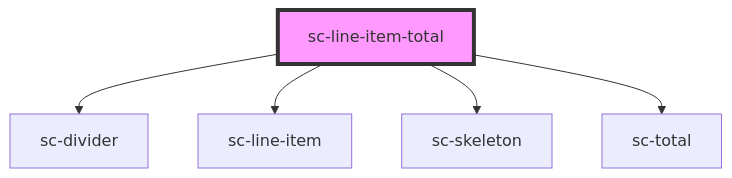
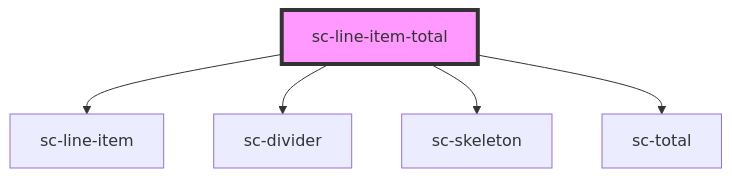
One commit to surecart/surecart-wp-plugin changed the diagram in packages/components/src/components/controllers/checkout-form/line-item-total/readme.md. Above: the diagram before and after it, drawn with Mermaid. The commit also changed other lines of this file and 2 other files, not shown here.

````diff
--- a/packages/components/src/components/controllers/checkout-form/line-item-total/readme.md
+++ b/packages/components/src/components/controllers/checkout-form/line-item-total/readme.md
@@ -27,8 +27,8 @@
 ```mermaid
 graph TD;
+  sc-line-item-total --> sc-line-item
   sc-line-item-total --> sc-divider
-  sc-line-item-total --> sc-line-item
   sc-line-item-total --> sc-skeleton
   sc-line-item-total --> sc-total
   style sc-line-item-total fill:#f9f,stroke:#333,stroke-width:4px
 ```
````
